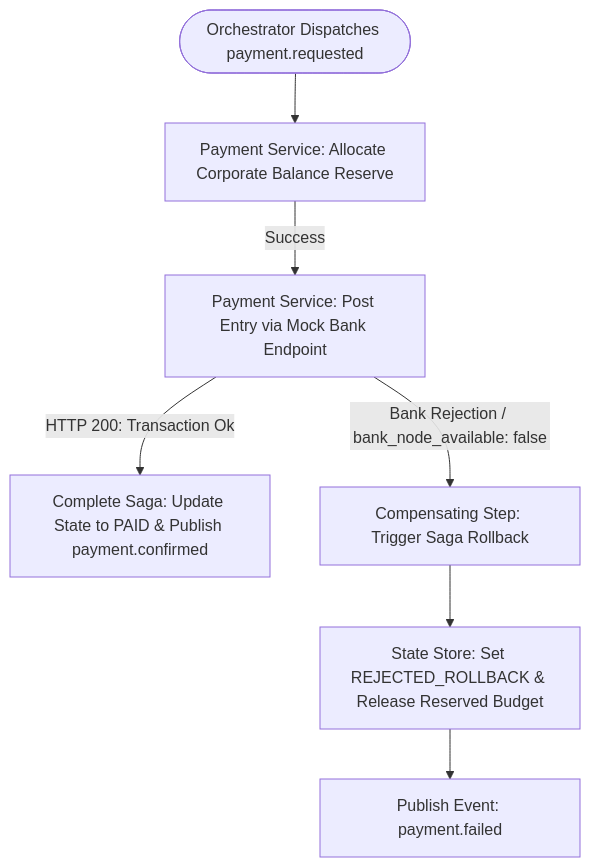
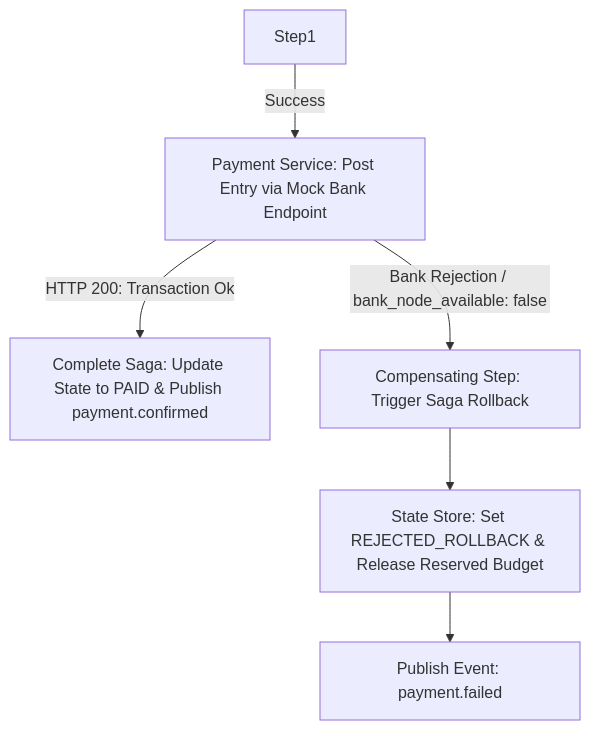
One commit to roman-shneer/InvoiceApprovalFlow changed the fourth of 4 diagrams in docs/ARCHITECTURE.md. Above: the diagram before and after it, drawn with Mermaid. The commit also changed other lines of this file and 10 other files, not shown here.

````diff
--- a/docs/ARCHITECTURE.md
+++ b/docs/ARCHITECTURE.md
@@ -153,11 +147,10 @@
 ```mermaid
-graph TD
-    Trigger([Orchestrator Dispatches payment.requested]) --> Step1[Payment Service: Allocate Corporate Balance Reserve]
+graph TD    
     Step1 -->|Success| Step2[Payment Service: Post Entry via Mock Bank Endpoint]
     Step2 -->|HTTP 200: Transaction Ok| Commit[Complete Saga: Update State to PAID & Publish payment.confirmed]
     
     %% Failure Exception Pathways
     Step2 -->|Bank Rejection / bank_node_available: false| Comp1[Compensating Step: Trigger Saga Rollback]
     Comp1 --> Reset[State Store: Set REJECTED_ROLLBACK & Release Reserved Budget]
     Reset --> Emit[Publish Event: payment.failed]
 ```
````
